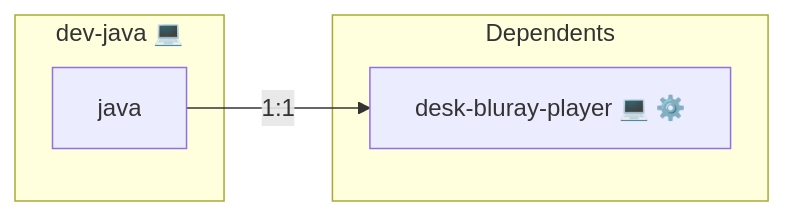
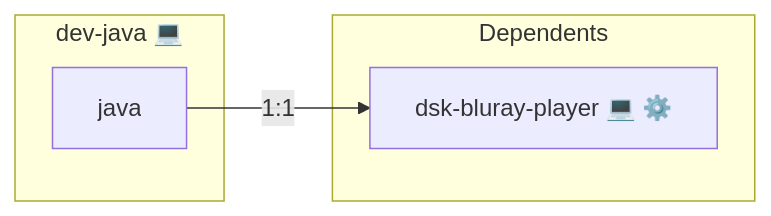
One commit to infinito-nexus/core changed the diagram in roles/dev-java/README.md. Above: the diagram before and after it, drawn with Mermaid. The commit also changed 367 other files, not shown here.

````diff
--- a/roles/dev-java/README.md
+++ b/roles/dev-java/README.md
@@ -15,10 +15,10 @@
 ```mermaid
 flowchart LR
     subgraph role [dev-java 💻]
         svc_java["java"]
     end
     subgraph dependents [Dependents]
-        dpt_desk_bluray_player["desk-bluray-player 💻 ⚙️"]
+        dpt_dsk_bluray_player["dsk-bluray-player 💻 ⚙️"]
     end
-    svc_java -- "1:1" --> dpt_desk_bluray_player
+    svc_java -- "1:1" --> dpt_dsk_bluray_player
 ```
````
